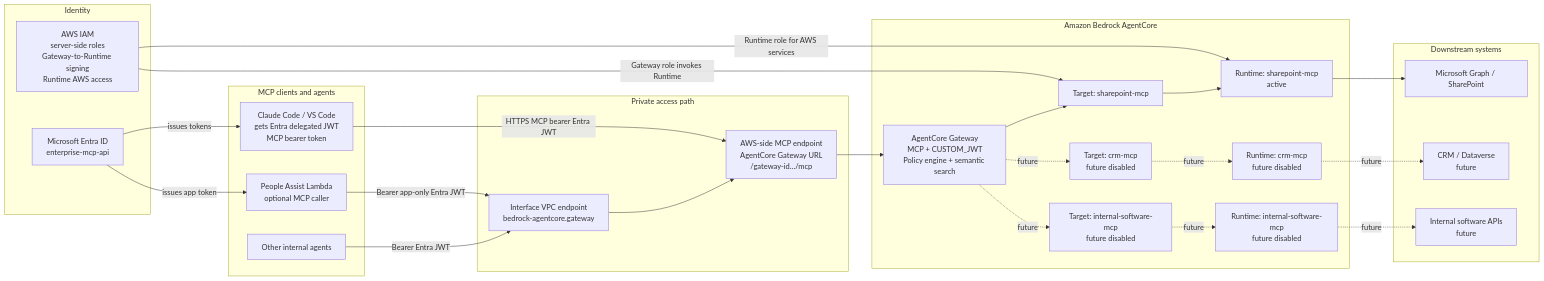
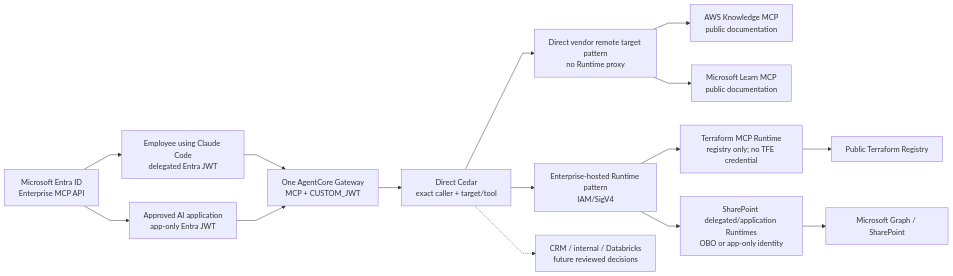
Before and after one commit to ron8520/mcp_poc: the diagram in docs/architecture/enterprise-mcp-platform.mmd, drawn with Mermaid. The commit also changed 91 other files, not shown here.

```diff
--- a/docs/architecture/enterprise-mcp-platform.mmd
+++ b/docs/architecture/enterprise-mcp-platform.mmd
@@ -1,51 +1,31 @@
+%%{init: {"flowchart": {"curve": "linear"}}}%%
 flowchart LR
-    subgraph Clients["MCP clients and agents"]
-        Claude["Claude Code / VS Code\ngets Entra delegated JWT\nMCP bearer token"]
-        Lambda["People Assist Lambda\noptional MCP caller"]
-        Other["Other internal agents"]
-    end
+    Entra["Microsoft Entra ID<br>Enterprise MCP API"]
+    Claude["Employee using Claude Code<br>delegated Entra JWT"]
+    Automation["Approved AI application<br>app-only Entra JWT"]
+    Gateway["One AgentCore Gateway<br>MCP + CUSTOM_JWT"]
+    Cedar["Direct Cedar<br>exact caller + target/tool"]
+    Direct["Direct vendor remote target pattern<br>no Runtime proxy"]
+    Hosted["Enterprise-hosted Runtime pattern<br>IAM/SigV4"]
+    AWSKnowledge["AWS Knowledge MCP<br>public documentation"]
+    MicrosoftLearn["Microsoft Learn MCP<br>public documentation"]
+    Terraform["Terraform MCP Runtime<br>registry only; no TFE credential"]
+    SharePoint["SharePoint delegated/application Runtimes<br>OBO or app-only identity"]
+    Registry["Public Terraform Registry"]
+    Graph["Microsoft Graph / SharePoint"]
+    Future["CRM / internal / Databricks<br>future reviewed decisions"]
 
-    subgraph Identity["Identity"]
-        Entra["Microsoft Entra ID\nenterprise-mcp-api"]
-        IAM["AWS IAM\nserver-side roles\nGateway-to-Runtime signing\nRuntime AWS access"]
-    end
-
-    subgraph Access["Private access path"]
-        VPCEndpoint["Interface VPC endpoint\nbedrock-agentcore.gateway"]
-        GatewayURL["AWS-side MCP endpoint\nAgentCore Gateway URL\n/gateway-id.../mcp"]
-    end
-
-    subgraph AgentCore["Amazon Bedrock AgentCore"]
-        GW["AgentCore Gateway\nMCP + CUSTOM_JWT\nPolicy engine + semantic search"]
-        SPTarget["Target: sharepoint-mcp"]
-        CRMTarget["Target: crm-mcp\nfuture disabled"]
-        InternalTarget["Target: internal-software-mcp\nfuture disabled"]
-        SPRuntime["Runtime: sharepoint-mcp\nactive"]
-        CRMRuntime["Runtime: crm-mcp\nfuture disabled"]
-        InternalRuntime["Runtime: internal-software-mcp\nfuture disabled"]
-    end
-
-    subgraph Downstream["Downstream systems"]
-        Graph["Microsoft Graph / SharePoint"]
-        CRM["CRM / Dataverse\nfuture"]
-        InternalAPI["Internal software APIs\nfuture"]
-    end
-
-    Claude -->|HTTPS MCP bearer Entra JWT| GatewayURL
-    Lambda -->|Bearer app-only Entra JWT| VPCEndpoint
-    Other -->|Bearer Entra JWT| VPCEndpoint
-    VPCEndpoint --> GatewayURL
-    GatewayURL --> GW
-    Entra -->|issues tokens| Claude
-    Entra -->|issues app token| Lambda
-    IAM -->|Gateway role invokes Runtime| SPTarget
-    IAM -->|Runtime role for AWS services| SPRuntime
-    GW --> SPTarget
-    GW -.future.-> CRMTarget
-    GW -.future.-> InternalTarget
-    SPTarget --> SPRuntime
-    CRMTarget -.future.-> CRMRuntime
-    InternalTarget -.future.-> InternalRuntime
-    SPRuntime --> Graph
-    CRMRuntime -.future.-> CRM
-    InternalRuntime -.future.-> InternalAPI
+    Entra --> Claude
+    Entra --> Automation
+    Claude --> Gateway
+    Automation --> Gateway
+    Gateway --> Cedar
+    Cedar --> Direct
+    Cedar --> Hosted
+    Direct --> AWSKnowledge
+    Direct --> MicrosoftLearn
+    Hosted --> Terraform
+    Hosted --> SharePoint
+    Terraform --> Registry
+    SharePoint --> Graph
+    Cedar -.-> Future
```
